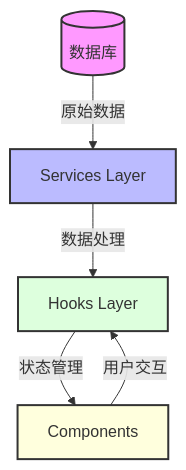
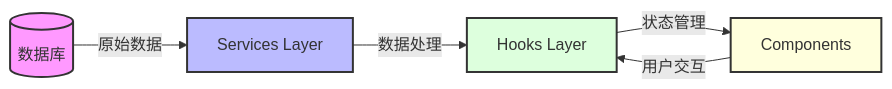
Before and after one commit to hanbinChen97/react-ranking-page: the first of 2 diagrams in react-ranking-page/README.md, drawn with Mermaid. The commit also changed 1 other file, not shown here.

````diff
--- a/react-ranking-page/README.md
+++ b/react-ranking-page/README.md
@@ -25,12 +25,12 @@
 ```mermaid
-flowchart TB
+flowchart LR
     DB[(数据库)] --> |原始数据| S[Services Layer]
     S --> |数据处理| H[Hooks Layer]
     H --> |状态管理| C[Components]
     C --> |用户交互| H
     
     style DB fill:#f9f,stroke:#333,stroke-width:2px
     style S fill:#bbf,stroke:#333,stroke-width:2px
     style H fill:#dfd,stroke:#333,stroke-width:2px
     style C fill:#ffd,stroke:#333,stroke-width:2px
 ```
````
